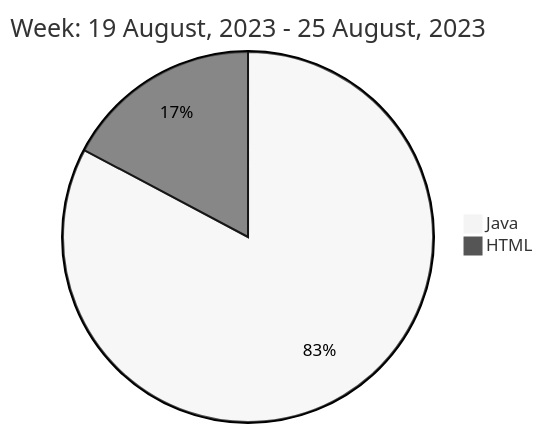
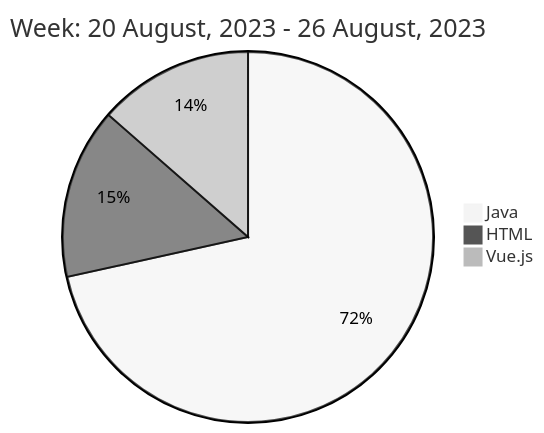
The diagram in README.md (liubin95/liubin95), drawn with Mermaid (neutral theme) before and after one commit.

Commit message:
Updated the Graph with new Metrics

````diff
--- a/README.md
+++ b/README.md
@@ -40,6 +40,7 @@
 ```mermaid
  pie
-title Week: 19 August, 2023 - 25 August, 2023
+title Week: 20 August, 2023 - 26 August, 2023
  "Java" : 8.02
  "HTML" : 1.67
+ "Vue.js" : 1.52
 ```
````
